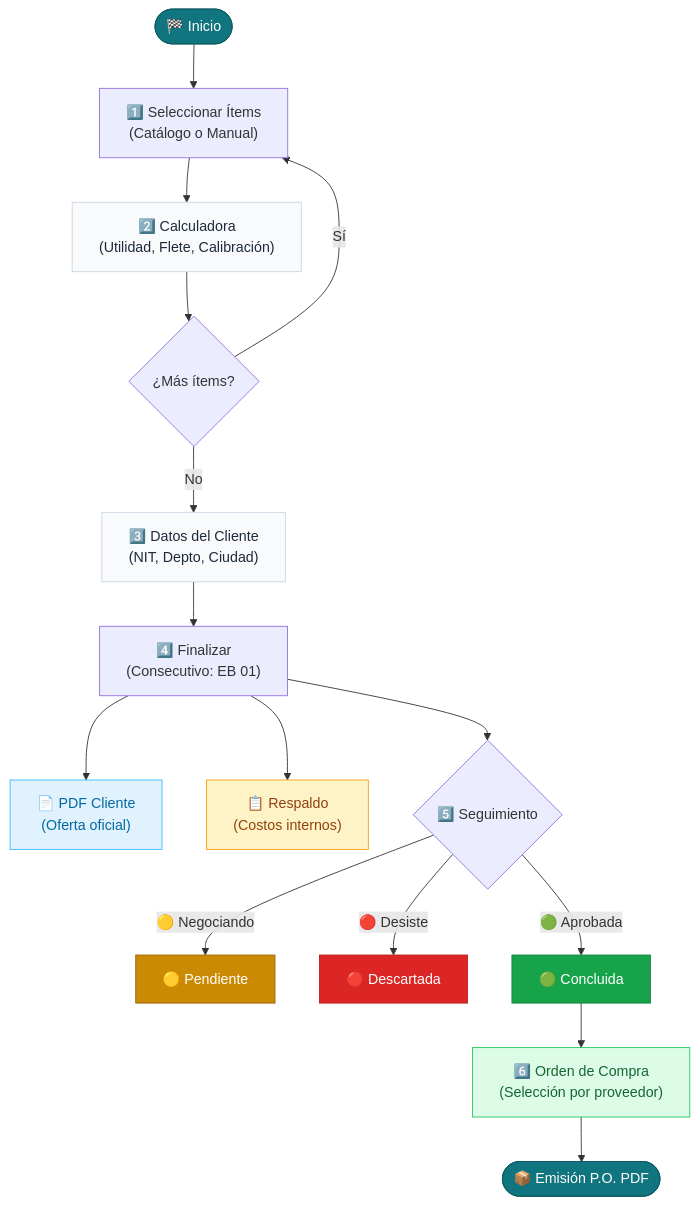
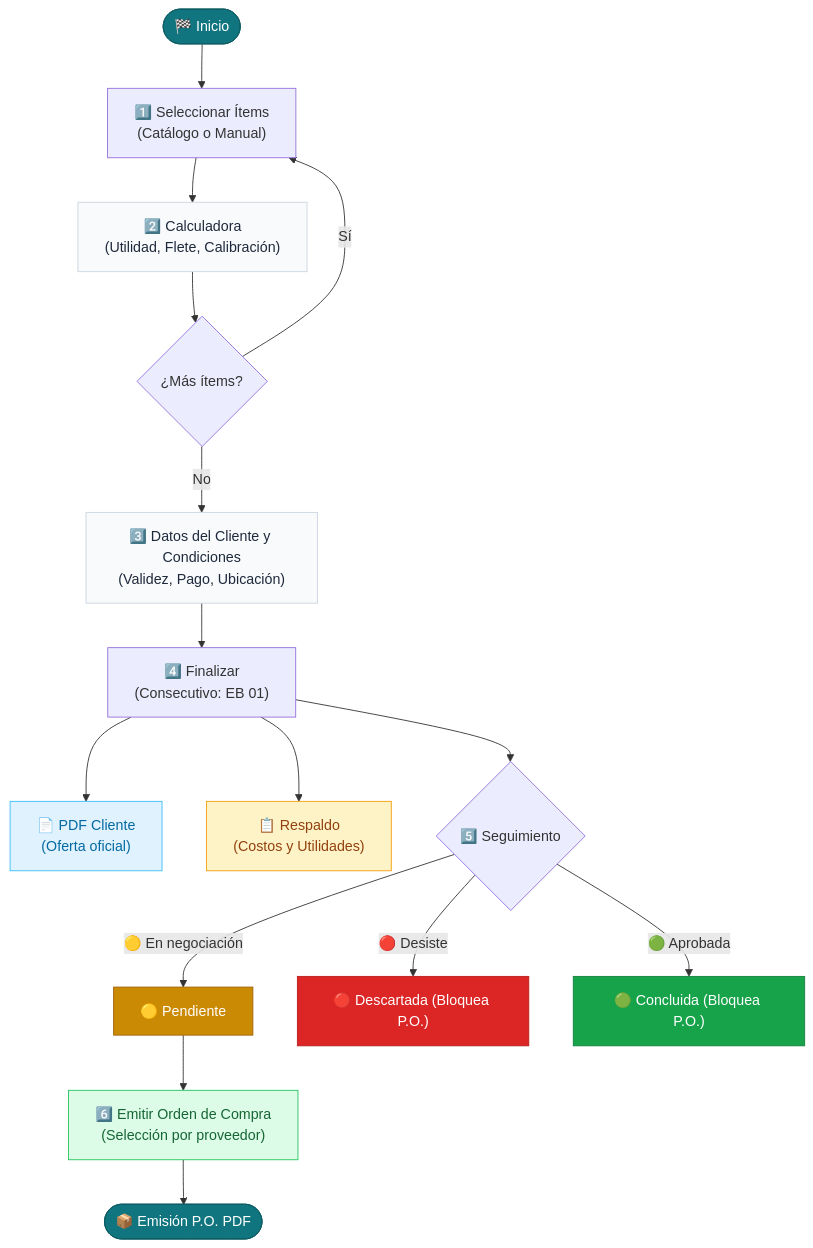
One commit to Santiago072/SistemaImpobiomedical changed the third of 3 diagrams in docs/ARQUITECTURA_Y_COMPONENTES.md. Above: the diagram before and after it, drawn with Mermaid. The commit also changed other lines of this file and 9 other files, not shown here.

````diff
--- a/docs/ARQUITECTURA_Y_COMPONENTES.md
+++ b/docs/ARQUITECTURA_Y_COMPONENTES.md
@@ -487,31 +493,31 @@
 ```mermaid
 flowchart TD
     Inicio(["🏁 Inicio"]) --> Paso1["1️⃣ Seleccionar Ítems<br/>(Catálogo o Manual)"]
     Paso1 --> Paso2["2️⃣ Calculadora<br/>(Utilidad, Flete, Calibración)"]
     Paso2 --> Paso3{"¿Más ítems?"}
     Paso3 -- Sí --> Paso1
-    Paso3 -- No --> Paso4["3️⃣ Datos del Cliente<br/>(NIT, Depto, Ciudad)"]
+    Paso3 -- No --> Paso4["3️⃣ Datos del Cliente y Condiciones<br/>(Validez, Pago, Ubicación)"]
     Paso4 --> Paso5["4️⃣ Finalizar<br/>(Consecutivo: EB 01)"]
     
     Paso5 --> Paso6["📄 PDF Cliente<br/>(Oferta oficial)"]
-    Paso5 --> Paso7["📋 Respaldo<br/>(Costos internos)"]
+    Paso5 --> Paso7["📋 Respaldo<br/>(Costos y Utilidades)"]
     Paso5 --> Estado{"5️⃣ Seguimiento"}
     
-    Estado -- 🟡 Negociando --> Pendiente["🟡 Pendiente"]
-    Estado -- 🔴 Desiste --> Descartada["🔴 Descartada"]
-    Estado -- 🟢 Aprobada --> Concluida["🟢 Concluida"]
+    Estado -- 🟡 En negociación --> Pendiente["🟡 Pendiente"]
+    Estado -- 🔴 Desiste --> Descartada["🔴 Descartada (Bloquea P.O.)"]
+    Estado -- 🟢 Aprobada --> Concluida["🟢 Concluida (Bloquea P.O.)"]
 
-    Concluida --> Orden["6️⃣ Orden de Compra<br/>(Selección por proveedor)"]
+    Pendiente --> Orden["6️⃣ Emitir Orden de Compra<br/>(Selección por proveedor)"]
     Orden --> Fin(["📦 Emisión P.O. PDF"])
 
     style Inicio fill:#10757e,stroke:#0d5c63,color:#fff
     style Fin fill:#10757e,stroke:#0d5c63,color:#fff
     style Concluida fill:#16a34a,stroke:#15803d,color:#fff
     style Pendiente fill:#ca8a04,stroke:#a16207,color:#fff
     style Descartada fill:#dc2626,stroke:#b91c1c,color:#fff
     style Paso2 fill:#f8fafc,stroke:#cbd5e1,color:#1e293b
     style Paso4 fill:#f8fafc,stroke:#cbd5e1,color:#1e293b
     style Paso6 fill:#e0f2fe,stroke:#38bdf8,color:#0369a1
     style Paso7 fill:#fef3c7,stroke:#f59e0b,color:#92400e
     style Orden fill:#dcfce7,stroke:#22c55e,color:#166534
 ```
````
